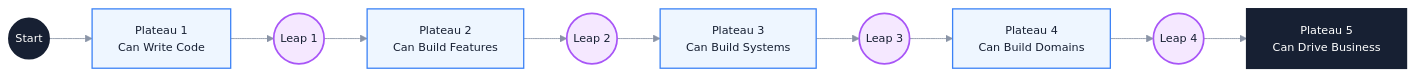
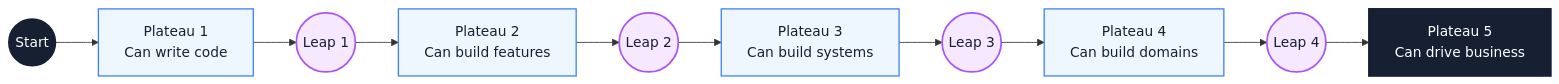
One commit to Fatejian/frontier-vault changed the second of 3 diagrams in docs/en/career/growth-path.md. Above: the diagram before and after it, drawn with Mermaid. The commit also changed other lines of this file and 41 other files, not shown here.

````diff
--- a/docs/en/career/growth-path.md
+++ b/docs/en/career/growth-path.md
@@ -105,24 +99,23 @@
 ```mermaid
-%%{init: {'theme': 'base', 'themeVariables': { 'fontFamily': 'Inter, PingFang SC, Microsoft YaHei, sans-serif', 'primaryColor': '#F7F9FC', 'primaryTextColor': '#172033', 'primaryBorderColor': '#6EA8FE', 'lineColor': '#8A94A6', 'fontSize': '13px'}}}%%
 flowchart LR
     P1((Start))
-    P2["Plateau 1<br/>Can Write Code"]
+    P2["Plateau 1<br/>Can write code"]
     P3((Leap 1))
-    P4["Plateau 2<br/>Can Build Features"]
+    P4["Plateau 2<br/>Can build features"]
     P5((Leap 2))
-    P6["Plateau 3<br/>Can Build Systems"]
+    P6["Plateau 3<br/>Can build systems"]
     P7((Leap 3))
-    P8["Plateau 4<br/>Can Build Domains"]
+    P8["Plateau 4<br/>Can build domains"]
     P9((Leap 4))
-    P10["Plateau 5<br/>Can Drive Business"]
+    P10["Plateau 5<br/>Can drive business"]
 
     P1 --> P2 --> P3 --> P4 --> P5 --> P6 --> P7 --> P8 --> P9 --> P10
 
-    classDef start fill:#172033,color:#fff,stroke:#172033,stroke-width:2px;
-    classDef plateau fill:#EEF6FF,stroke:#3B82F6,color:#172033,stroke-width:1.5px;
-    classDef leap fill:#F5E8FF,stroke:#A855F7,color:#172033,stroke-width:2px;
+    classDef core fill:#172033,color:#fff,stroke:#172033,stroke-width:2px;
+    classDef wait fill:#EEF6FF,stroke:#3B82F6,color:#172033,stroke-width:1.5px;
+    classDef metric fill:#F5E8FF,stroke:#A855F7,color:#172033,stroke-width:2px;
 
-    class P1,P10 start;
-    class P2,P4,P6,P8 plateau;
-    class P3,P5,P7,P9 leap;
+    class P1,P10 core;
+    class P2,P4,P6,P8 wait;
+    class P3,P5,P7,P9 metric;
 ```
````
